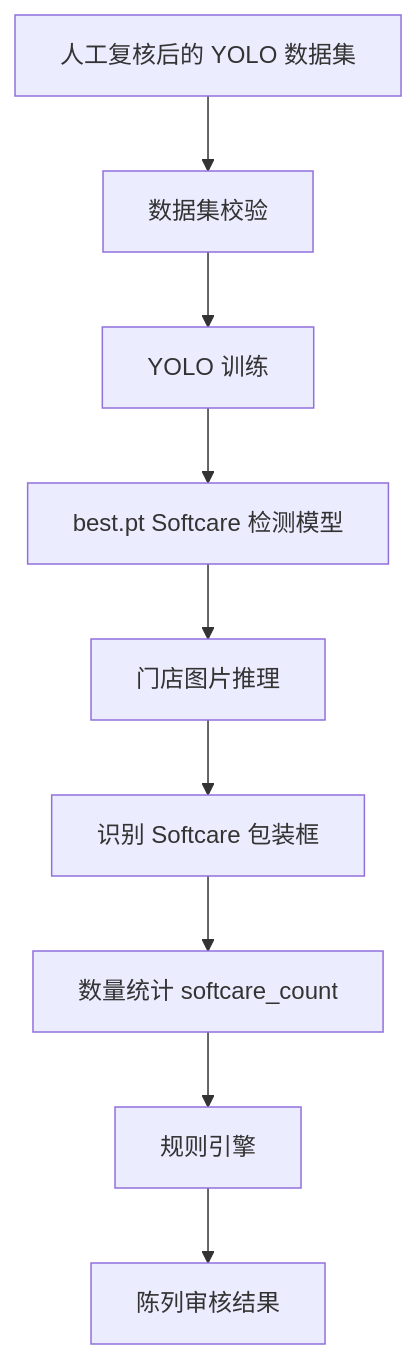
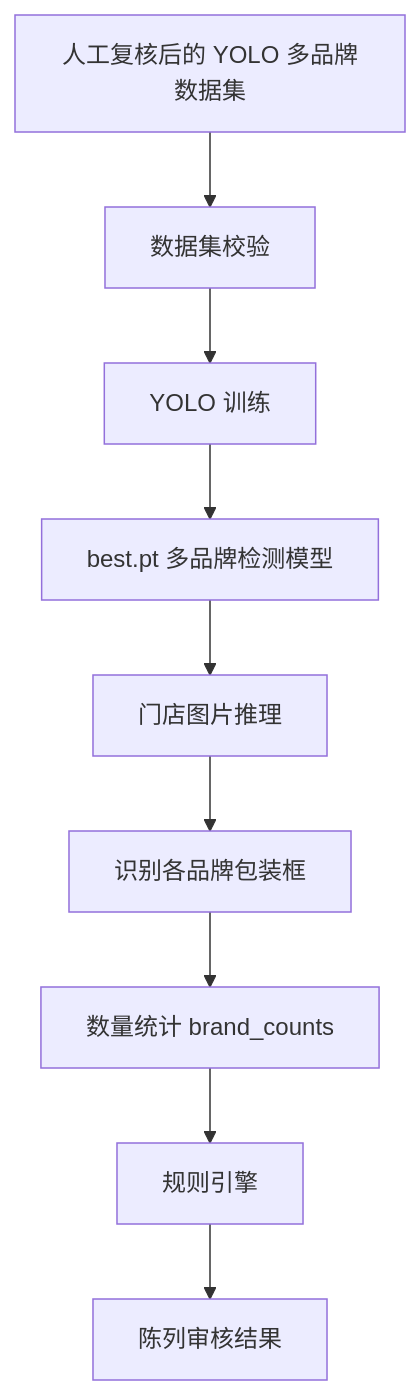
The fourth of 8 diagrams in 设计.md (rush1714/yoloExample), drawn with Mermaid before and after one commit. The commit also changed other lines of this file and 384 other files, not shown here.

````diff
--- a/设计.md
+++ b/设计.md
@@ -161,12 +184,12 @@
 ```mermaid
 flowchart TD
-    A[人工复核后的 YOLO 数据集]
+    A[人工复核后的 YOLO 多品牌数据集]
     --> B[数据集校验]
     --> C[YOLO 训练]
-    --> D[best.pt Softcare 检测模型]
+    --> D[best.pt 多品牌检测模型]
     --> E[门店图片推理]
-    --> F[识别 Softcare 包装框]
-    --> G[数量统计 softcare_count]
+    --> F[识别各品牌包装框]
+    --> G[数量统计 brand_counts]
     --> H[规则引擎]
     --> I[陈列审核结果]
 ```
````
